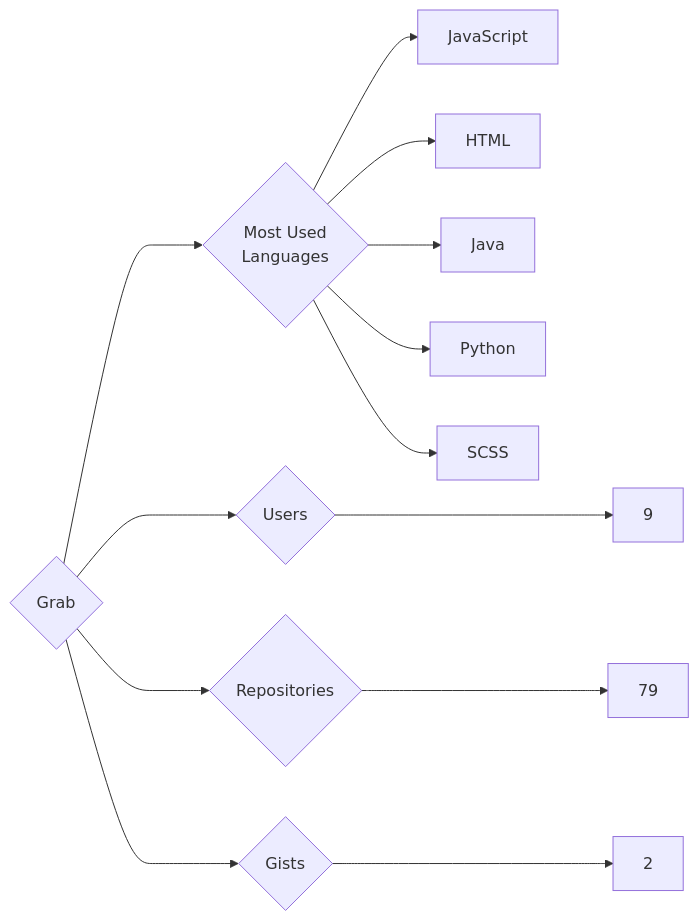
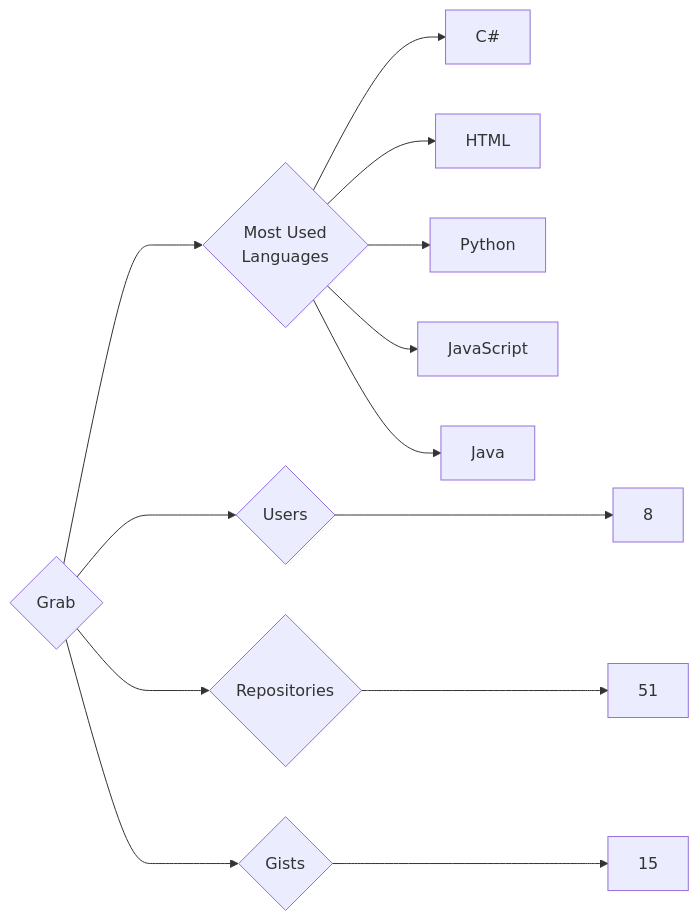
Before and after one commit to trickest/insiders: the diagram in targets/Grab/README.md, drawn with Mermaid. The commit also changed 1123 other files, not shown here.

````diff
--- a/targets/Grab/README.md
+++ b/targets/Grab/README.md
@@ -3,13 +3,13 @@
 ```mermaid
 graph LR
 COMPANY_NAME{Grab}
-COMPANY_NAME ---> U{Users} ---> UN[9]
-COMPANY_NAME ---> R{Repositories} ---> RN[79]
-COMPANY_NAME ---> G{Gists} ---> GN[2]
+COMPANY_NAME ---> U{Users} ---> UN[8]
+COMPANY_NAME ---> R{Repositories} ---> RN[51]
+COMPANY_NAME ---> G{Gists} ---> GN[15]
 COMPANY_NAME ---> ML{Most Used<br>Languages}
+ML --> C#[C#]
+ML --> HTML[HTML]
+ML --> Python[Python]
 ML --> JavaScript[JavaScript]
-ML --> HTML[HTML]
 ML --> Java[Java]
-ML --> Python[Python]
-ML --> SCSS[SCSS]
 ```
````
